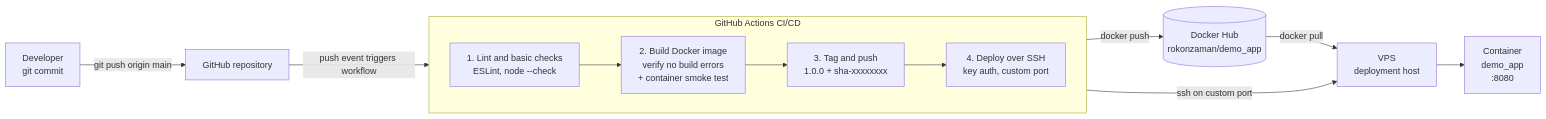
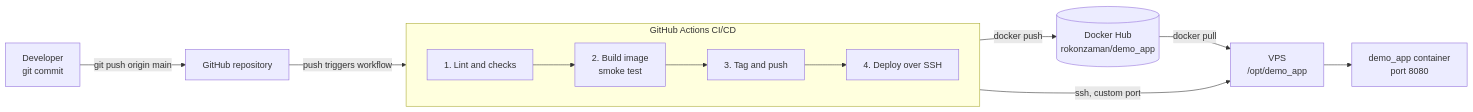
Before and after one commit to rokonzaman/demo_app: the diagram in README.md, drawn with Mermaid. The commit also changed other lines of this file, not shown here.

````diff
--- a/README.md
+++ b/README.md
@@ -66,15 +96,15 @@
 ```mermaid
 flowchart LR
     A["Developer<br/>git commit"] -->|"git push origin main"| B["GitHub repository"]
-    B -->|"push event triggers workflow"| C
+    B -->|"push triggers workflow"| C
 
     subgraph C["GitHub Actions CI/CD"]
         direction LR
-        C1["1. Lint and basic checks<br/>ESLint, node --check"] --> C2["2. Build Docker image<br/>verify no build errors<br/>+ container smoke test"] --> C3["3. Tag and push<br/>1.0.0 + sha-xxxxxxxx"] --> C4["4. Deploy over SSH<br/>key auth, custom port"]
+        C1["1. Lint and checks"] --> C2["2. Build image<br/>smoke test"] --> C3["3. Tag and push"] --> C4["4. Deploy over SSH"]
     end
 
     C3 -->|"docker push"| D[("Docker Hub<br/>rokonzaman/demo_app")]
-    D -->|"docker pull"| E["VPS<br/>deployment host"]
-    C4 -->|"ssh on custom port"| E
-    E --> F["Container<br/>demo_app<br/>:8080"]
+    D -->|"docker pull"| E["VPS<br/>/opt/demo_app"]
+    C4 -->|"ssh, custom port"| E
+    E --> F["demo_app container<br/>port 8080"]
 ```
````
